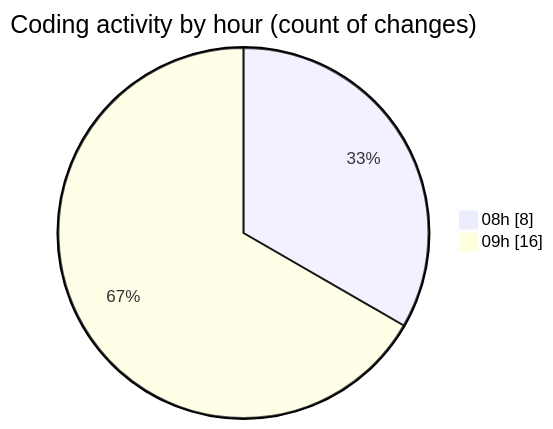
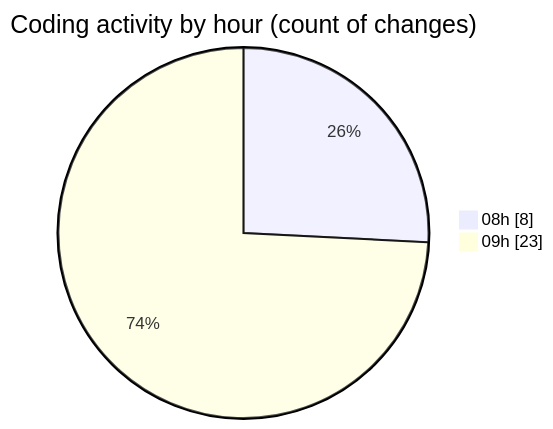
Before and after one commit to robertbonfada/code-tracking: the second of 2 diagrams in 2025-03-17/lumine-web/README.md, drawn with Mermaid. The commit also changed other lines of this file and 1 other file, not shown here.

````diff
--- a/2025-03-17/lumine-web/README.md
+++ b/2025-03-17/lumine-web/README.md
@@ -35,6 +36,6 @@
 ```mermaid
 pie showData
 title Coding activity by hour (count of changes)
 "08h" : 8
-"09h" : 16
+"09h" : 23
 ```
````
